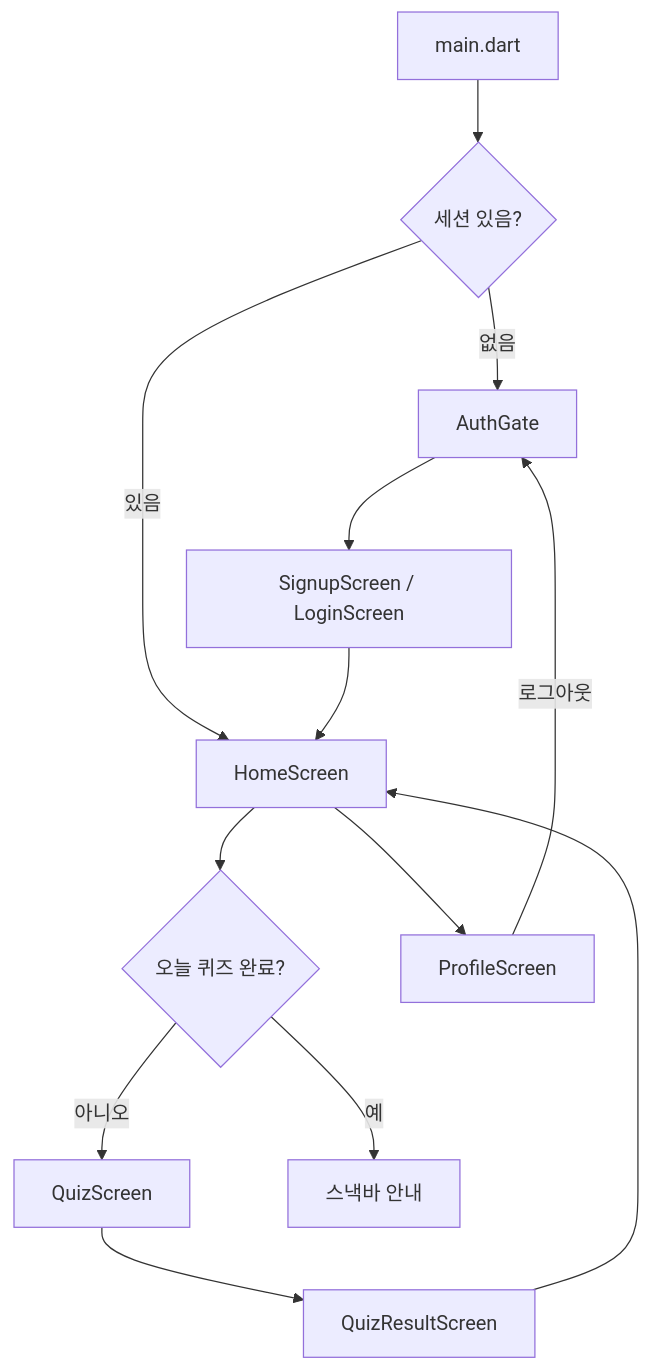
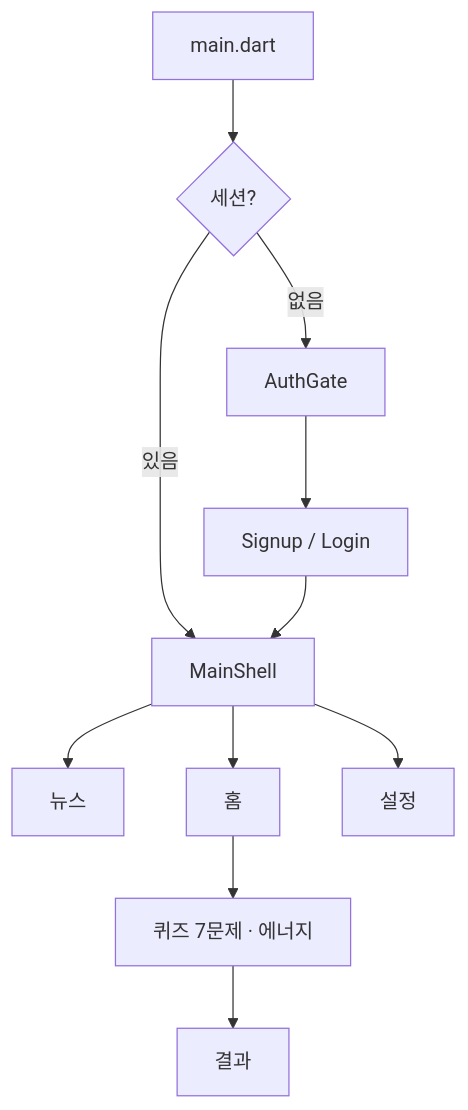
The diagram in README.md (gayun829/hamfinz), drawn with Mermaid before and after one commit. The commit also changed other lines of this file and 25 other files, not shown here.

Commit message:
Add energy-based learning, signup legal consents, and project docs including a Firestore schema draft.

````diff
--- a/README.md
+++ b/README.md
@@ -59,15 +46,13 @@
 ```mermaid
 flowchart TD
-    A[main.dart] --> B{세션 있음?}
-    B -->|없음| C[AuthGate]
-    B -->|있음| D[HomeScreen]
-    C --> E[SignupScreen / LoginScreen]
-    E --> D
-    D --> F{오늘 퀴즈 완료?}
-    F -->|아니오| G[QuizScreen]
-    F -->|예| H[스낵바 안내]
-    G --> I[QuizResultScreen]
-    I --> D
-    D --> J[ProfileScreen]
-    J -->|로그아웃| C
+  A[main.dart] --> B{세션?}
+  B -->|없음| C[AuthGate]
+  B -->|있음| D[MainShell]
+  C --> E[Signup / Login]
+  E --> D
+  D --> N[뉴스]
+  D --> H[홈]
+  D --> S[설정]
+  H --> Q[퀴즈 7문제 · 에너지]
+  Q --> R[결과]
 ```
````
